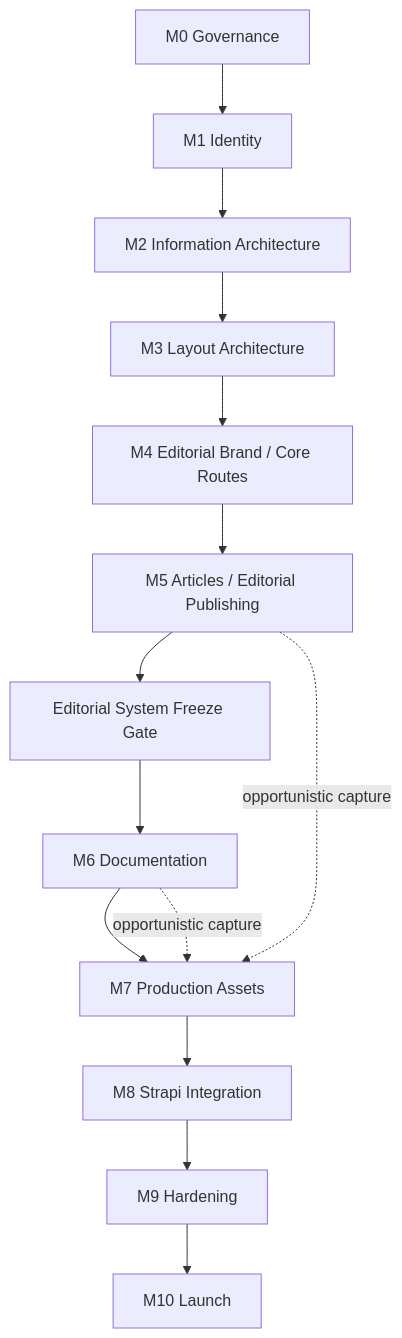
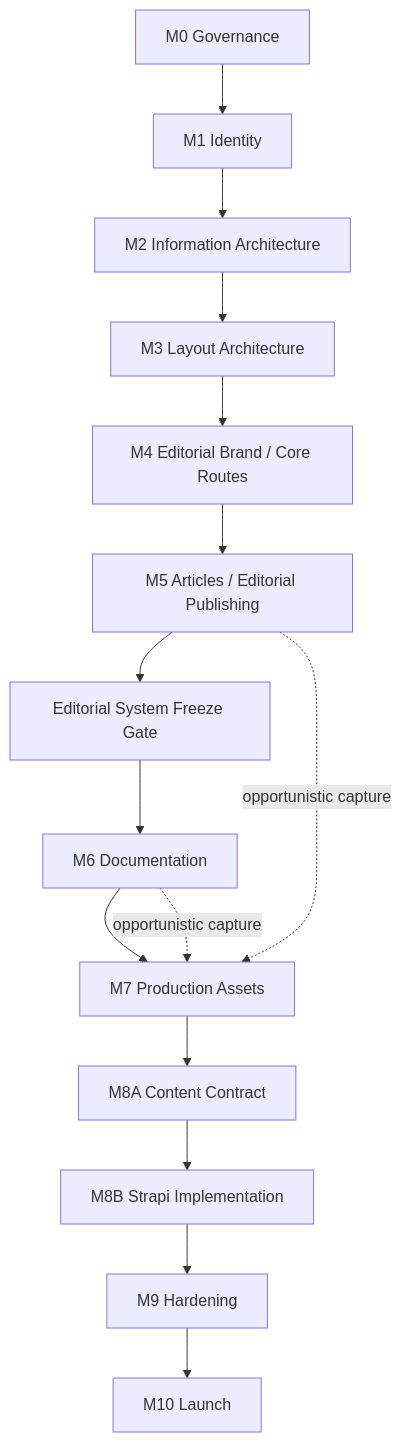
The second of 2 diagrams in apps/atlas-docs/content/architecture/build-manifest.mdx (IntraWeb-Technology/nexus), drawn with Mermaid before and after one commit. The commit also changed other lines of this file and 3 other files, not shown here.

First line of the commit message:
docs(atlas): lock M8A Strapi content contract

````diff
--- a/apps/atlas-docs/content/architecture/build-manifest.mdx
+++ b/apps/atlas-docs/content/architecture/build-manifest.mdx
@@ -809,16 +809,17 @@
 ```mermaid
 flowchart TD
   M0[M0 Governance] --> M1[M1 Identity]
   M1 --> M2[M2 Information Architecture]
   M2 --> M3[M3 Layout Architecture]
   M3 --> M4[M4 Editorial Brand / Core Routes]
   M4 --> M5[M5 Articles / Editorial Publishing]
   M5 --> Gate[Editorial System Freeze Gate]
   Gate --> M6[M6 Documentation]
   M6 --> M7[M7 Production Assets]
   M5 -.->|opportunistic capture| M7
   M6 -.->|opportunistic capture| M7
-  M7 --> M8[M8 Strapi Integration]
-  M8 --> M9[M9 Hardening]
+  M7 --> M8A[M8A Content Contract]
+  M8A --> M8B[M8B Strapi Implementation]
+  M8B --> M9[M9 Hardening]
   M9 --> M10[M10 Launch]
 ```
````
